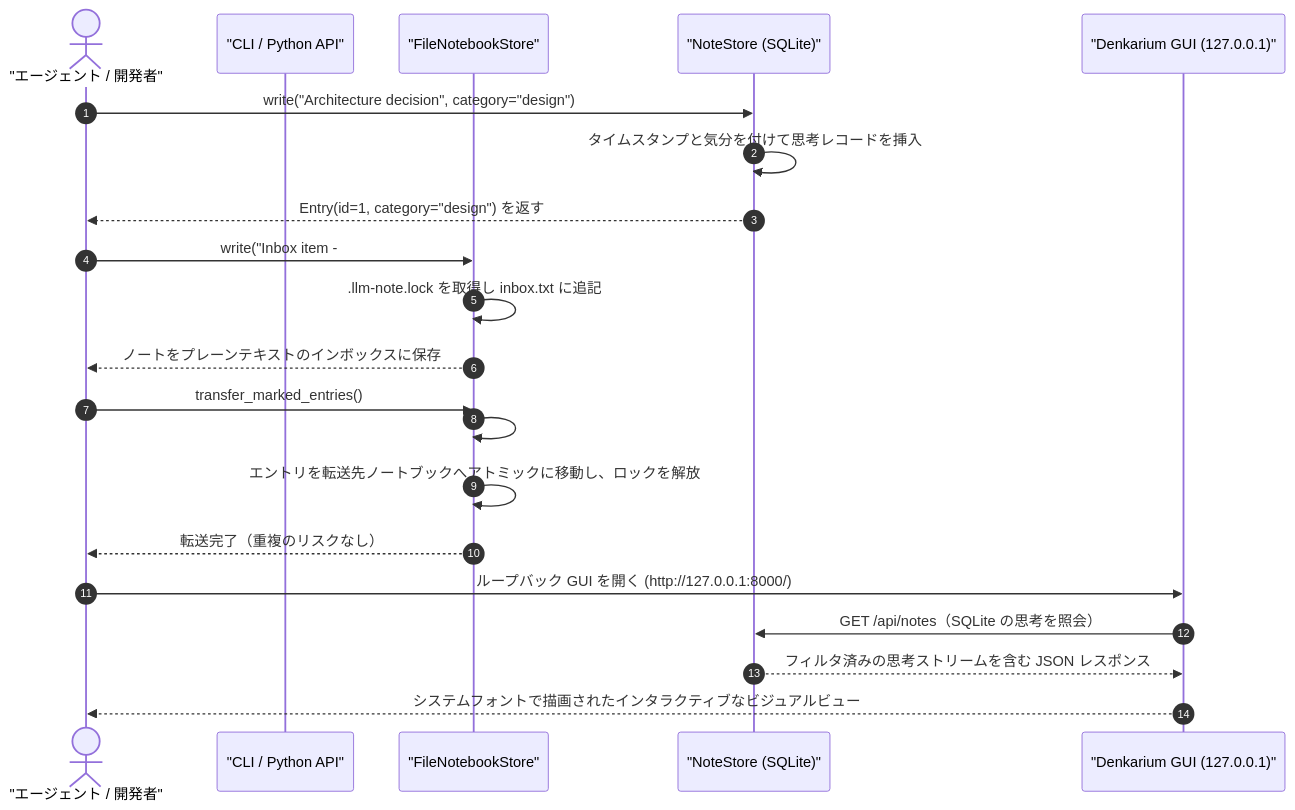
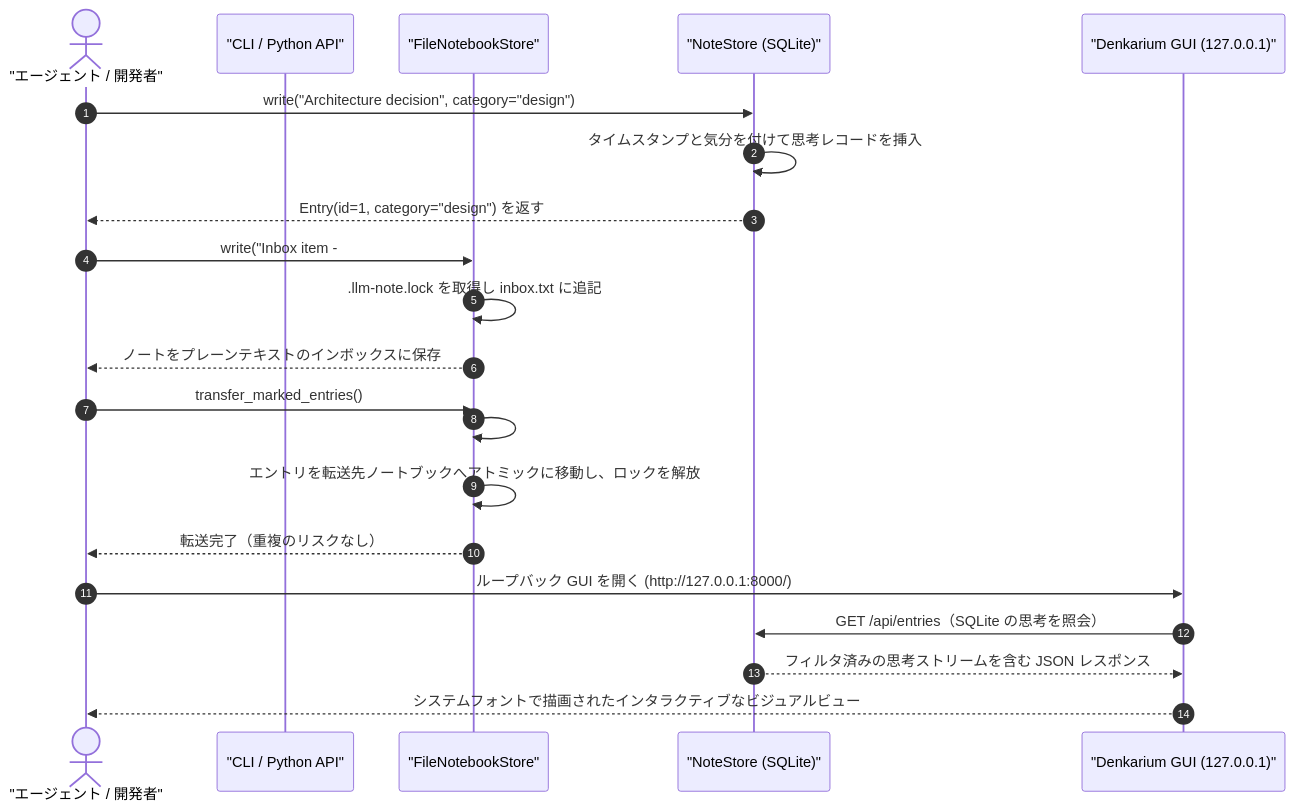
The second of 2 diagrams in README_ja.md (doc-bricks/llm-note), drawn with Mermaid before and after one commit. The commit also changed other lines of this file and 9 other files, not shown here.

````diff
--- a/README_ja.md
+++ b/README_ja.md
@@ -143,27 +143,27 @@
 ```mermaid
 sequenceDiagram
     autonumber
     actor UserOrAgent as "エージェント / 開発者"
     participant CLI as "CLI / Python API"
     participant FileStore as "FileNotebookStore"
     participant NoteStore as "NoteStore (SQLite)"
     participant Denkarium as "Denkarium GUI (127.0.0.1)"
 
     UserOrAgent ->> NoteStore: write("Architecture decision", category="design")
     NoteStore ->> NoteStore: タイムスタンプと気分を付けて思考レコードを挿入
     NoteStore -->> UserOrAgent: Entry(id=1, category="design") を返す
 
     UserOrAgent ->> FileStore: write("Inbox item - #NB: Project Ideas")
     FileStore ->> FileStore: .llm-note.lock を取得し inbox.txt に追記
     FileStore -->> UserOrAgent: ノートをプレーンテキストのインボックスに保存
 
     UserOrAgent ->> FileStore: transfer_marked_entries()
     FileStore ->> FileStore: #NB: の転送先ノートブックを解析し、安定した #LLM-NOTE-ID を割り当てる
     FileStore ->> FileStore: エントリを転送先ノートブックへアトミックに移動し、ロックを解放
     FileStore -->> UserOrAgent: 転送完了（重複のリスクなし）
 
     UserOrAgent ->> Denkarium: ループバック GUI を開く (http://127.0.0.1:8000/)
-    Denkarium ->> NoteStore: GET /api/notes（SQLite の思考を照会）
+    Denkarium ->> NoteStore: GET /api/entries（SQLite の思考を照会）
     NoteStore -->> Denkarium: フィルタ済みの思考ストリームを含む JSON レスポンス
     Denkarium -->> UserOrAgent: システムフォントで描画されたインタラクティブなビジュアルビュー
 ```
````
